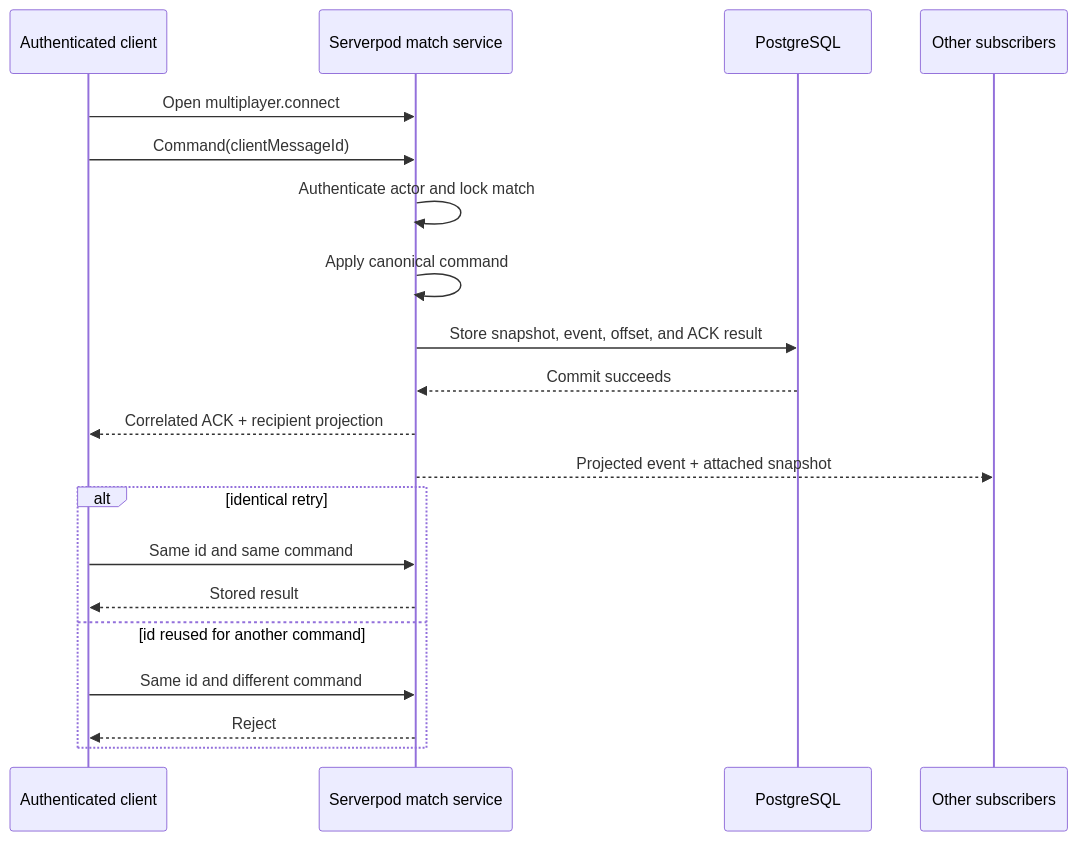
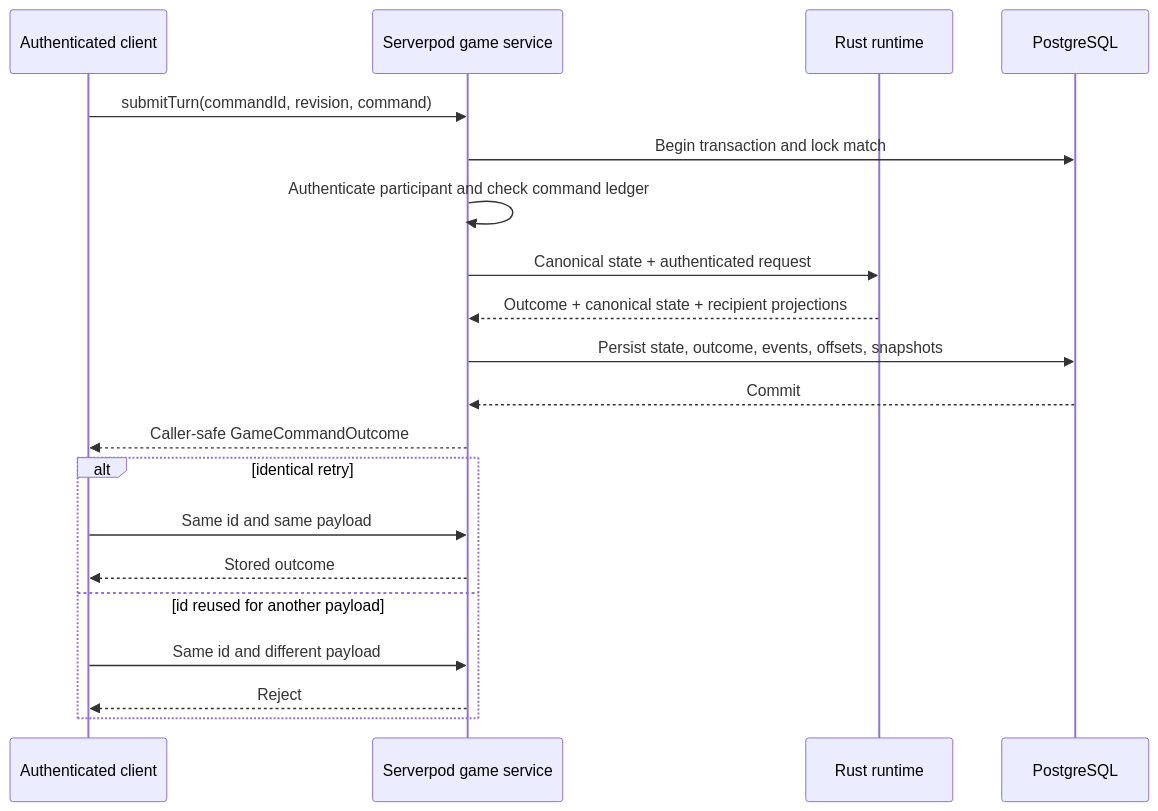
Before and after one commit to ernestwisniewski/aonw: the diagram in docs/multiplayer-protocol.md, drawn with Mermaid. The commit also changed other lines of this file and 379 other files, not shown here.

Commit message:
Replace Serverpod gameplay with Rust game backend

````diff
--- a/docs/multiplayer-protocol.md
+++ b/docs/multiplayer-protocol.md
@@ -27,24 +41,24 @@
 ```mermaid
 sequenceDiagram
   participant C as Authenticated client
-  participant S as Serverpod match service
+  participant S as Serverpod game service
+  participant R as Rust runtime
   participant DB as PostgreSQL
-  participant O as Other subscribers
 
-  C->>S: Open multiplayer.connect
-  C->>S: Command(clientMessageId)
-  S->>S: Authenticate actor and lock match
-  S->>S: Apply canonical command
-  S->>DB: Store snapshot, event, offset, and ACK result
-  DB-->>S: Commit succeeds
-  S-->>C: Correlated ACK + recipient projection
-  S-->>O: Projected event + attached snapshot
+  C->>S: submitTurn(commandId, revision, command)
+  S->>DB: Begin transaction and lock match
+  S->>S: Authenticate participant and check command ledger
+  S->>R: Canonical state + authenticated request
+  R-->>S: Outcome + canonical state + recipient projections
+  S->>DB: Persist state, outcome, events, offsets, snapshots
+  DB-->>S: Commit
+  S-->>C: Caller-safe GameCommandOutcome
 
   alt identical retry
-    C->>S: Same id and same command
-    S-->>C: Stored result
-  else id reused for another command
-    C->>S: Same id and different command
+    C->>S: Same id and same payload
+    S-->>C: Stored outcome
+  else id reused for another payload
+    C->>S: Same id and different payload
     S-->>C: Reject
   end
 ```
````
